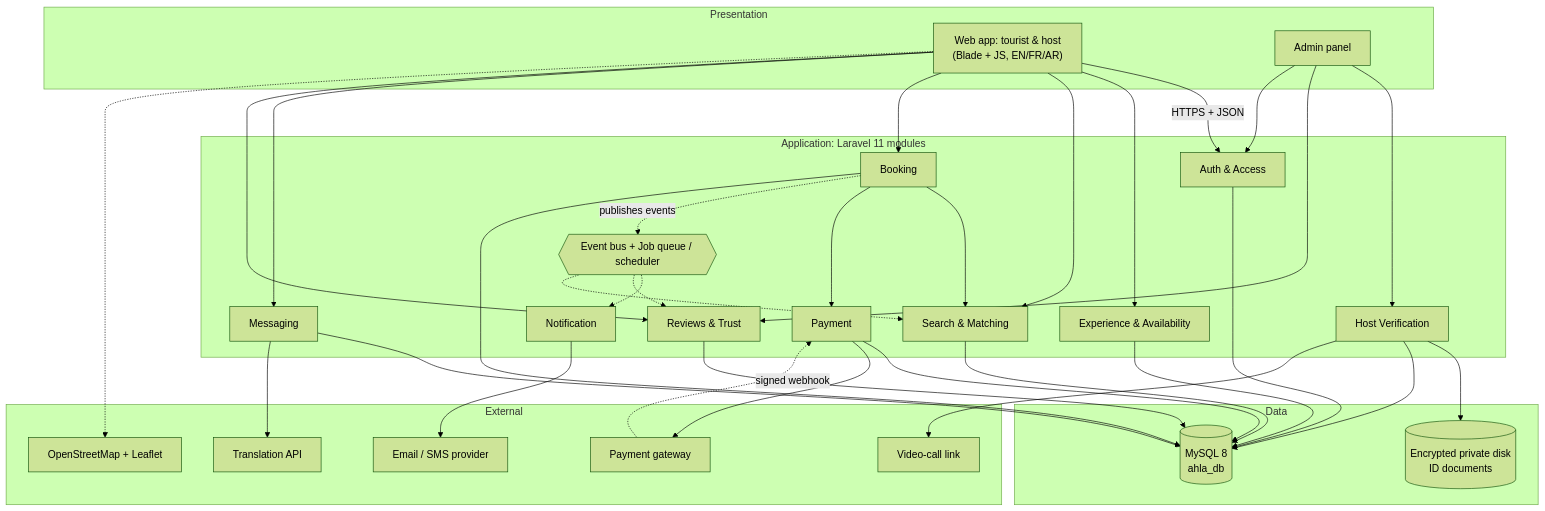
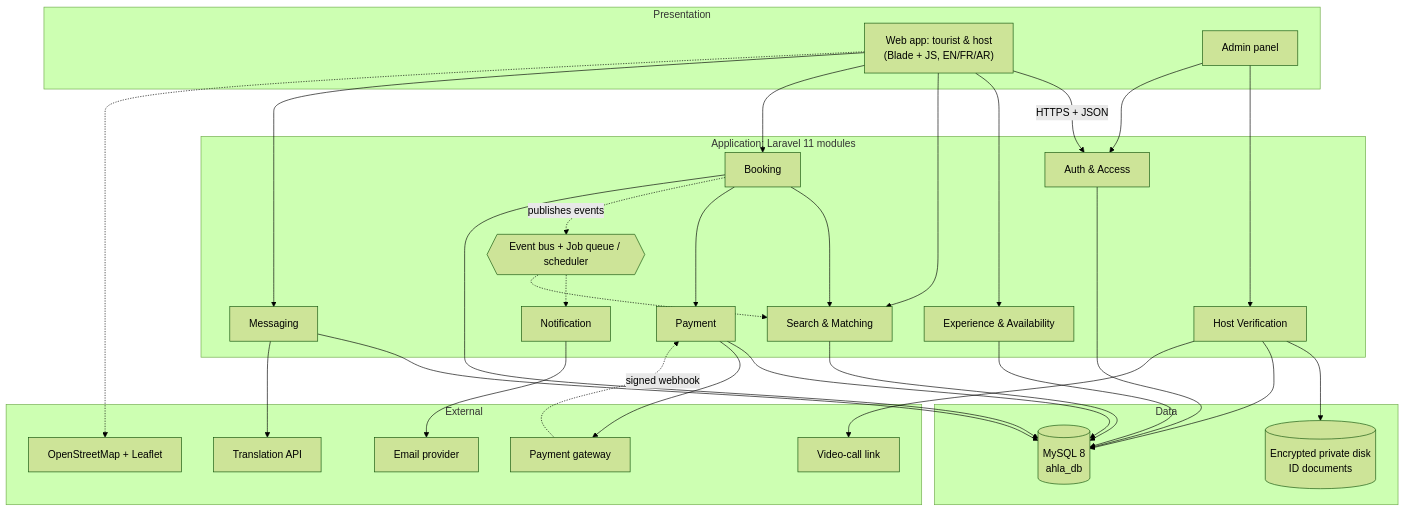
One commit to nourbouzir/Ahla changed the first of 6 diagrams in docs/architecture.md. Above: the diagram before and after it, drawn with Mermaid (forest theme). The commit also changed other lines of this file and 5 other files, not shown here.

````diff
--- a/docs/architecture.md
+++ b/docs/architecture.md
@@ -33,49 +34,48 @@
 ```mermaid
 flowchart TB
     subgraph Presentation
         WEB["Web app: tourist & host<br/>(Blade + JS, EN/FR/AR)"]
         ADM["Admin panel"]
     end
 
     subgraph Application["Application: Laravel 11 modules"]
         AUTH[Auth & Access]
         VER[Host Verification]
         EXP[Experience & Availability]
         MAT[Search & Matching]
         BOOK[Booking]
         PAY[Payment]
         MSG[Messaging]
-        TRUST[Reviews & Trust]
         NOTIF[Notification]
         BUS{{"Event bus + Job queue / scheduler"}}
     end
 
     subgraph Data
         DB[("MySQL 8<br/>ahla_db")]
         FILES[("Encrypted private disk<br/>ID documents")]
     end
 
     subgraph External
         GW[Payment gateway]
         TR[Translation API]
-        MAIL[Email / SMS provider]
+        MAIL[Email provider]
         MAPS[OpenStreetMap + Leaflet]
         VID[Video-call link]
     end
 
     WEB -->|HTTPS + JSON| AUTH
-    WEB --> EXP & MAT & BOOK & MSG & TRUST
-    ADM --> VER & TRUST & AUTH
+    WEB --> EXP & MAT & BOOK & MSG
+    ADM --> VER & AUTH
     BOOK --> MAT
     BOOK --> PAY
     BOOK -.publishes events.-> BUS
-    BUS -.-> NOTIF & TRUST & MAT
+    BUS -.-> NOTIF & MAT
     VER --> FILES
-    AUTH & VER & EXP & MAT & BOOK & PAY & MSG & TRUST --> DB
+    AUTH & VER & EXP & MAT & BOOK & PAY & MSG --> DB
     PAY --> GW
     GW -.signed webhook.-> PAY
     MSG --> TR
     NOTIF --> MAIL
     VER --> VID
     WEB -.-> MAPS
 ```
````
